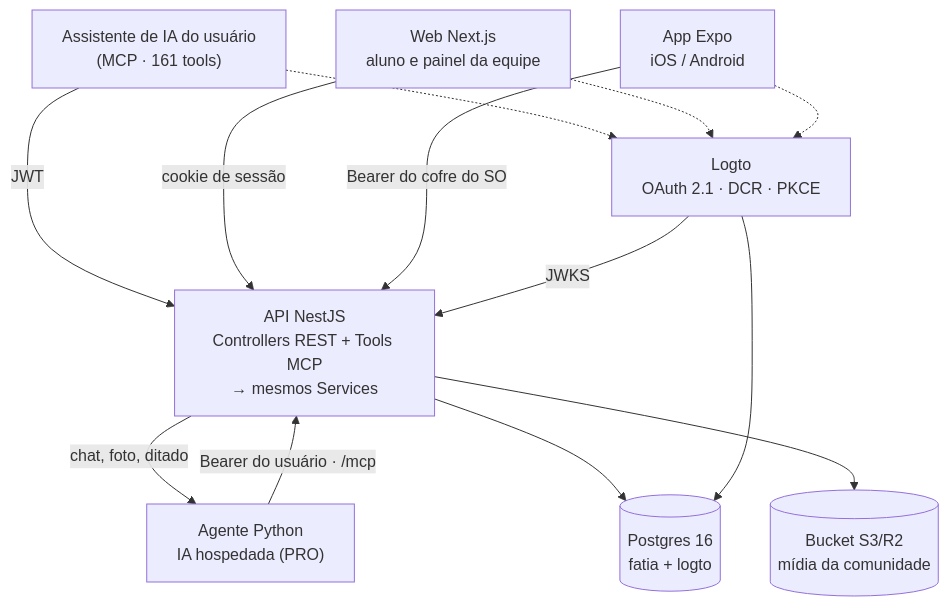
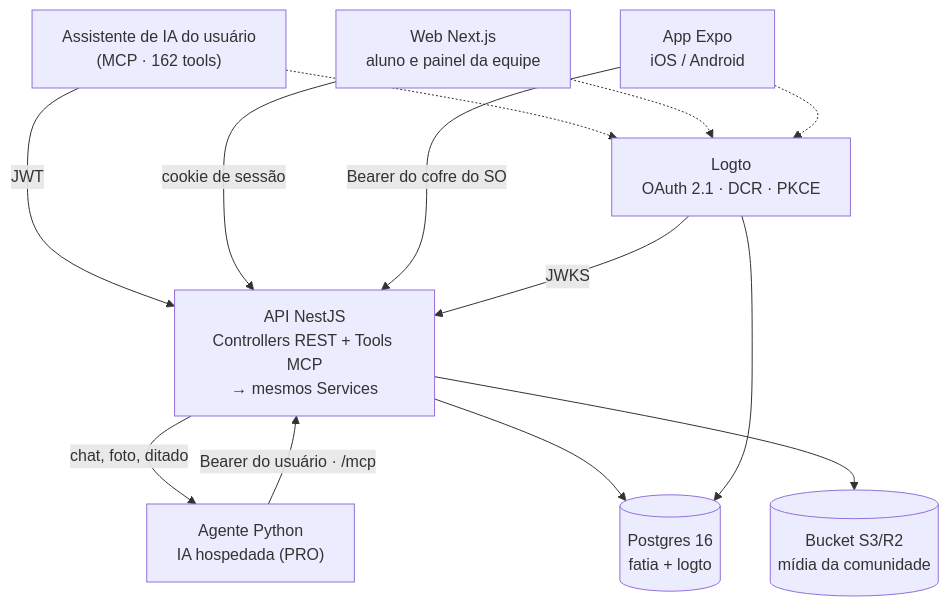
The diagram in README.md (ThiagoCarreiraVallim/fatia), drawn with Mermaid before and after one commit. The commit also changed other lines of this file and 76 other files, not shown here.

````diff
--- a/README.md
+++ b/README.md
@@ -33,24 +33,24 @@
 ```mermaid
 flowchart TD
-    claude["Assistente de IA do usuário<br/>(MCP · 161 tools)"]
+    claude["Assistente de IA do usuário<br/>(MCP · 162 tools)"]
     pwa["Web Next.js<br/>aluno e painel da equipe"]
     mobile["App Expo<br/>iOS / Android"]
     agent["Agente Python<br/>IA hospedada (PRO)"]
     logto["Logto<br/>OAuth 2.1 · DCR · PKCE"]
     api["API NestJS<br/>Controllers REST + Tools MCP<br/>→ mesmos Services"]
     pg[("Postgres 16<br/>fatia + logto")]
     s3[("Bucket S3/R2<br/>mídia da comunidade")]
 
     claude -- "JWT" --> api
     pwa -- "cookie de sessão" --> api
     mobile -- "Bearer do cofre do SO" --> api
     api -- "chat, foto, ditado" --> agent
     agent -- "Bearer do usuário · /mcp" --> api
     claude -.-> logto
     pwa -.-> logto
     mobile -.-> logto
     logto -- "JWKS" --> api
     api --> pg
     api --> s3
     logto --> pg
 ```
````
